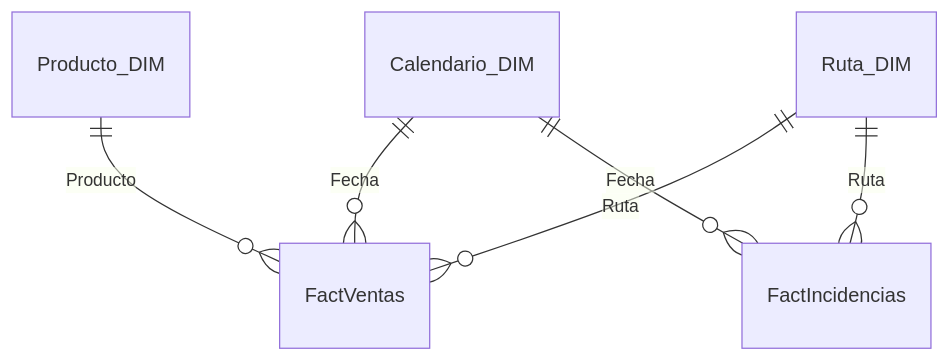
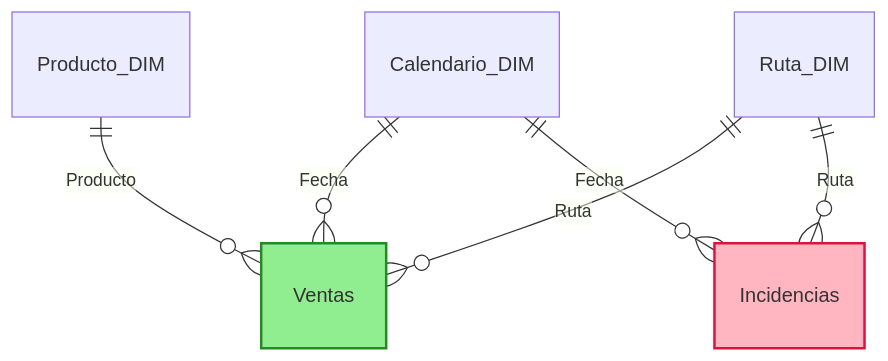
The diagram in documentation/data_model.md (estevo97/Proyecto-Ventas-Incidencias), drawn with Mermaid before and after one commit.

Commit message:
Ventas e incidencias a secas + colores

````diff
--- a/documentation/data_model.md
+++ b/documentation/data_model.md
@@ -3,8 +3,14 @@
 ```mermaid
 erDiagram
-    Calendario_DIM ||--o{ FactVentas : "Fecha"
-    Producto_DIM ||--o{ FactVentas : "Producto"
-    Ruta_DIM ||--o{ FactVentas : "Ruta"
-    Calendario_DIM ||--o{ FactIncidencias : "Fecha"
-    Ruta_DIM ||--o{ FactIncidencias : "Ruta"
-```
+    Calendario_DIM ||--o{ Ventas : "Fecha"
+    Producto_DIM ||--o{ Ventas : "Producto"
+    Ruta_DIM ||--o{ Ventas : "Ruta"
+    Calendario_DIM ||--o{ Incidencias : "Fecha"
+    Ruta_DIM ||--o{ Incidencias : "Ruta"
+    
+    classDef ventasStyle fill:#90EE90,stroke:#228B22,stroke-width:2px
+    classDef incidenciasStyle fill:#FFB6C1,stroke:#DC143C,stroke-width:2px
+    
+    class Ventas ventasStyle
+    class Incidencias incidenciasStyle
+```   
````
